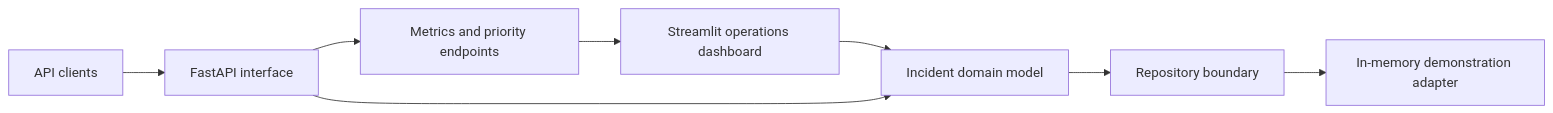
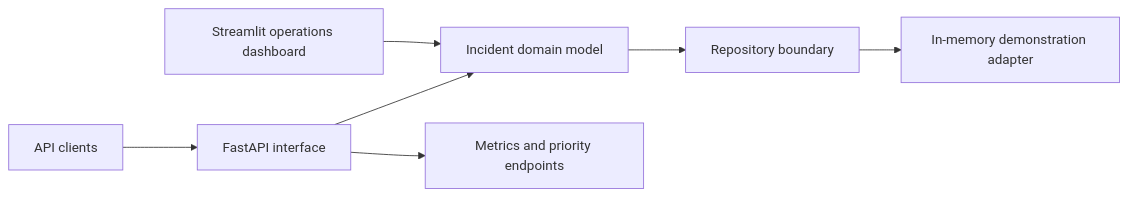
The first of 2 diagrams in docs/ARCHITECTURE.md (alianisreyesr/service-operations-command-center), drawn with Mermaid before and after one commit. The commit also changed other lines of this file and 19 other files, not shown here.

````diff
--- a/docs/ARCHITECTURE.md
+++ b/docs/ARCHITECTURE.md
@@ -3,10 +3,9 @@
 ```mermaid
 flowchart LR
   A["Streamlit operations dashboard"] --> D["Incident domain model"]
   B["API clients"] --> C["FastAPI interface"]
   C --> D
   D --> E["Repository boundary"]
   E --> F["In-memory demonstration adapter"]
   C --> G["Metrics and priority endpoints"]
-  G --> A
 ```
````
